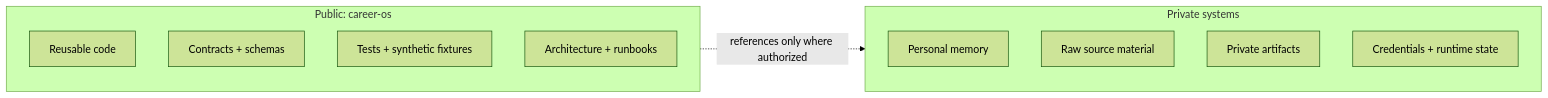
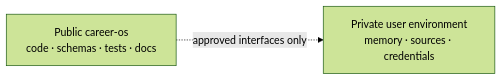
The second of 2 diagrams in README.md (SoroushHaghi/career-os), drawn with Mermaid (forest theme) before and after one commit. The commit also changed other lines of this file, not shown here.

Commit message:
docs: position Career OS for postgraduate academic-to-career workflows with concise visual README

````diff
--- a/README.md
+++ b/README.md
@@ -118,18 +84,4 @@
 ```mermaid
 flowchart LR
-    subgraph PUBLIC["Public: career-os"]
-      A["Reusable code"]
-      B["Contracts + schemas"]
-      C["Tests + synthetic fixtures"]
-      D["Architecture + runbooks"]
-    end
-
-    subgraph PRIVATE["Private systems"]
-      E["Personal memory"]
-      F["Raw source material"]
-      G["Private artifacts"]
-      H["Credentials + runtime state"]
-    end
-
-    PUBLIC -. "references only where authorized" .-> PRIVATE
+    P["Public career-os<br/>code · schemas · tests · docs"] -. "approved interfaces only" .-> R["Private user environment<br/>memory · sources · credentials"]
 ```
````
